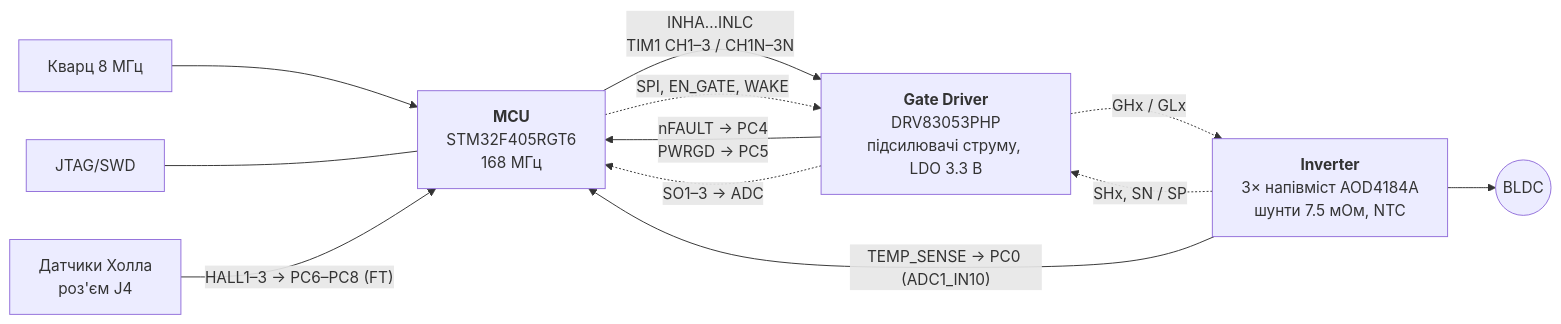
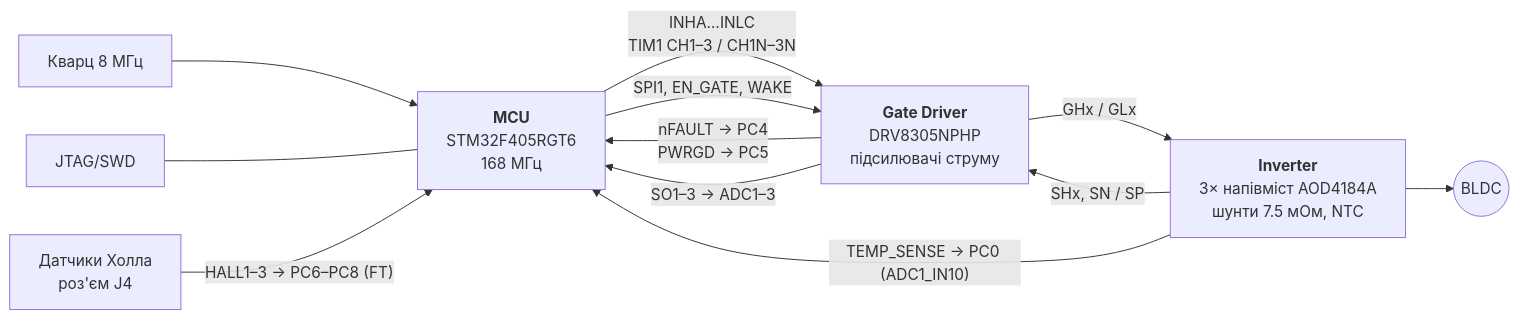
One commit to anhro/hardware-development changed the first of 2 diagrams in motor-drive-controller/docs/architecture.md. Above: the diagram before and after it, drawn with Mermaid. The commit also changed other lines of this file and 3 other files, not shown here.

Commit message:
feat(hw10): update project documentation for power supply design and architecture

````diff
--- a/motor-drive-controller/docs/architecture.md
+++ b/motor-drive-controller/docs/architecture.md
@@ -8,19 +8,19 @@
 ```mermaid
 flowchart LR
     HSE["Кварц 8 МГц"] --> MCU
     DBG["JTAG/SWD"] --- MCU
     HALL["Датчики Холла<br/>роз'єм J4"] -- "HALL1–3 → PC6–PC8 (FT)" --> MCU
 
     MCU["<b>MCU</b><br/>STM32F405RGT6<br/>168 МГц"]
-    DRV["<b>Gate Driver</b><br/>DRV83053PHP<br/>підсилювачі струму, LDO 3.3 В"]
+    DRV["<b>Gate Driver</b><br/>DRV8305NPHP<br/>підсилювачі струму"]
     INV["<b>Inverter</b><br/>3× напівміст AOD4184A<br/>шунти 7.5 мОм, NTC"]
 
     MCU -- "INHA…INLC<br/>TIM1 CH1–3 / CH1N–3N" --> DRV
     DRV -- "nFAULT → PC4<br/>PWRGD → PC5" --> MCU
-    MCU -. "SPI, EN_GATE, WAKE" .-> DRV
-    DRV -. "SO1–3 → ADC" .-> MCU
-    DRV -. "GHx / GLx" .-> INV
-    INV -. "SHx, SN / SP" .-> DRV
+    MCU -- "SPI1, EN_GATE, WAKE" --> DRV
+    DRV -- "SO1–3 → ADC1–3" --> MCU
+    DRV -- "GHx / GLx" --> INV
+    INV -- "SHx, SN / SP" --> DRV
     INV -- "TEMP_SENSE → PC0 (ADC1_IN10)" --> MCU
     INV --> M(("BLDC"))
 ```
````
